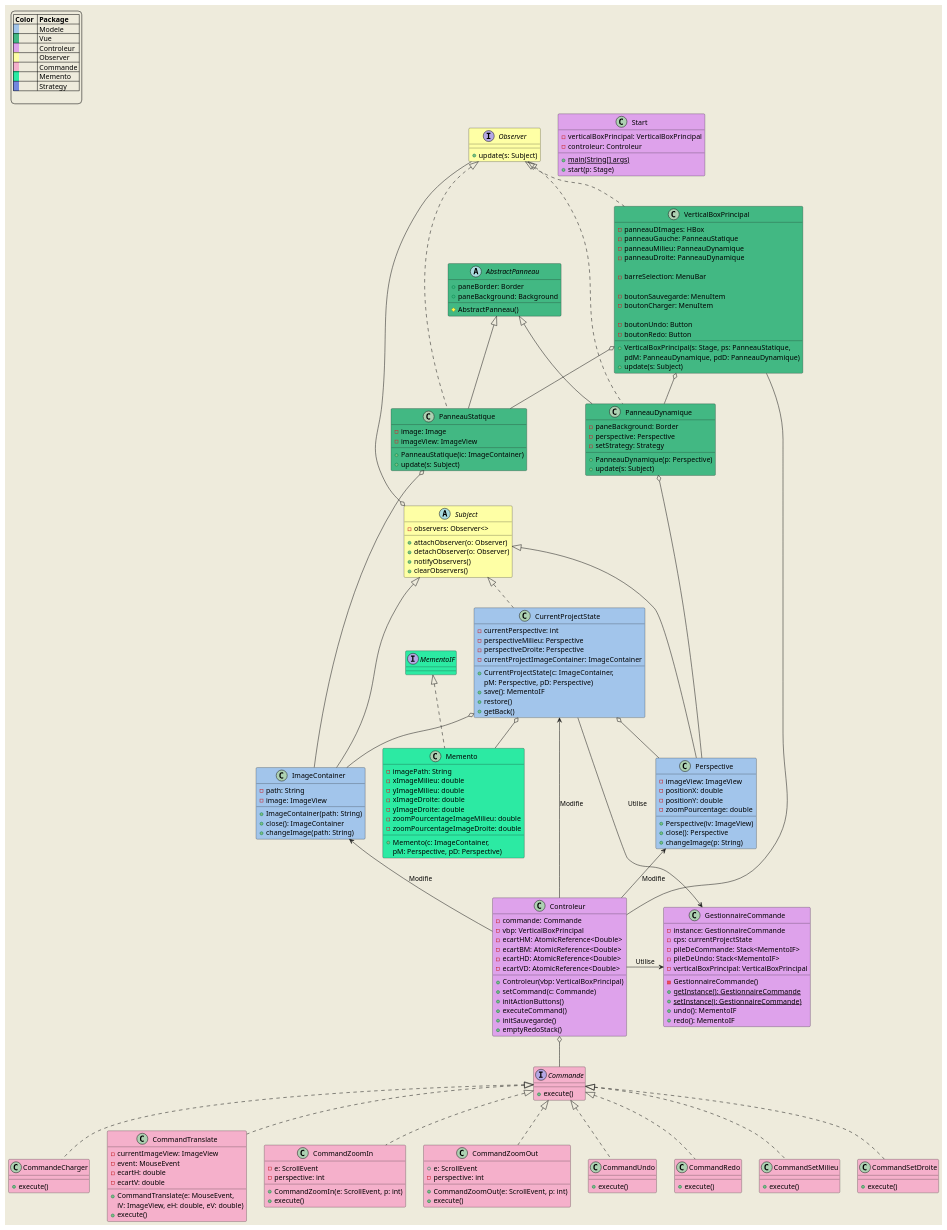
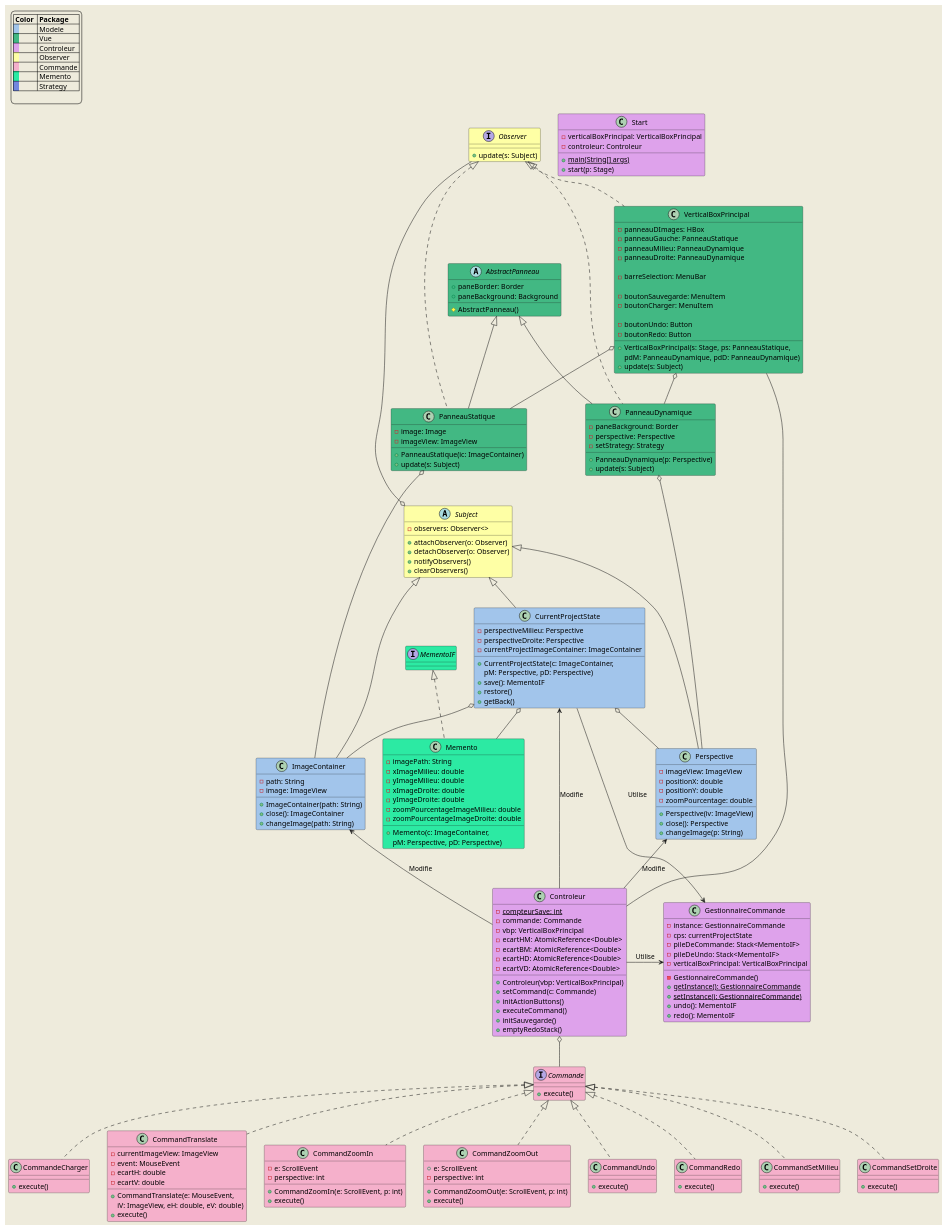
Before and after one commit to VelaSam/PerspectivePro: the diagram in src/diagrammes/diagramme_de_classe_global.puml, drawn with PlantUML. The commit also changed 2 other files, not shown here.

```diff
--- a/src/diagrammes/diagramme_de_classe_global.puml
+++ b/src/diagrammes/diagramme_de_classe_global.puml
@@ -128,9 +128,8 @@
     '-----------MEMENTO--------------'
 
     '----------MODELE-----------------'
-    class CurrentProjectState #a2c5eb implements Subject {
+    class CurrentProjectState #a2c5eb extends Subject {
 
-        -currentPerspective: int
         -perspectiveMilieu: Perspective
         -perspectiveDroite: Perspective
         -currentProjectImageContainer: ImageContainer
@@ -165,6 +164,7 @@
 
     '---------CONTROLEUR--------------'
     class Controleur #dea2eb{
+        -{static} compteurSave: int
         -commande: Commande
         -vbp: VerticalBoxPrincipal
         -ecartHM: AtomicReference<Double>
```
